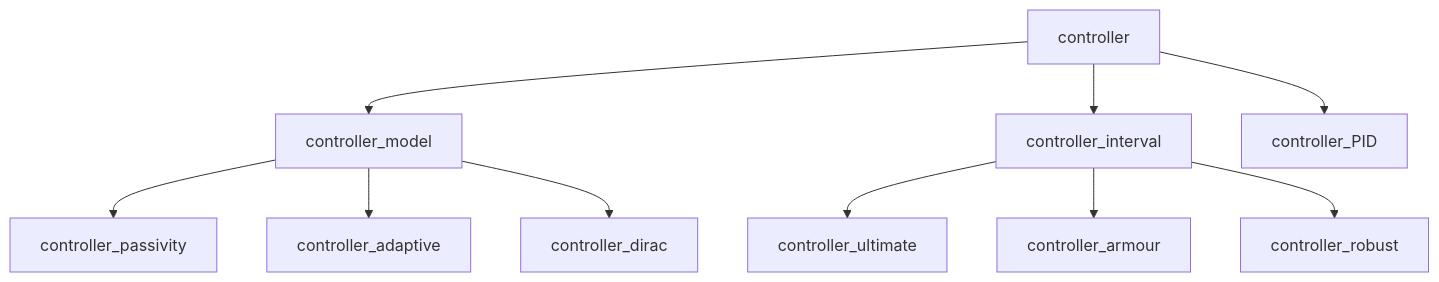
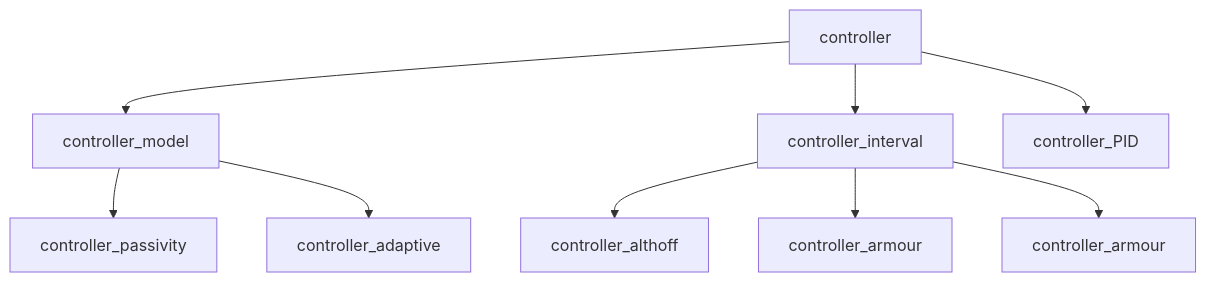
One commit to roahmlab/RobustMovers changed the diagram in Controllers/README.md. Above: the diagram before and after it, drawn with Mermaid. The commit also changed 9 other files, not shown here.

````diff
--- a/Controllers/README.md
+++ b/Controllers/README.md
@@ -4,13 +4,12 @@
 ```mermaid
 graph TD
     A[controller]
     A --> B[controller_model]
     A --> C[controller_interval]
     A --> I[controller_PID]
     B --> D[controller_passivity]
     B --> E[controller_adaptive]
-    B --> J[controller_dirac]
-    C --> F[controller_ultimate]
+    C --> F[controller_althoff]
     C --> G[controller_armour]
-    C --> H[controller_robust]
+    C --> H[controller_armour]
 ```
````
